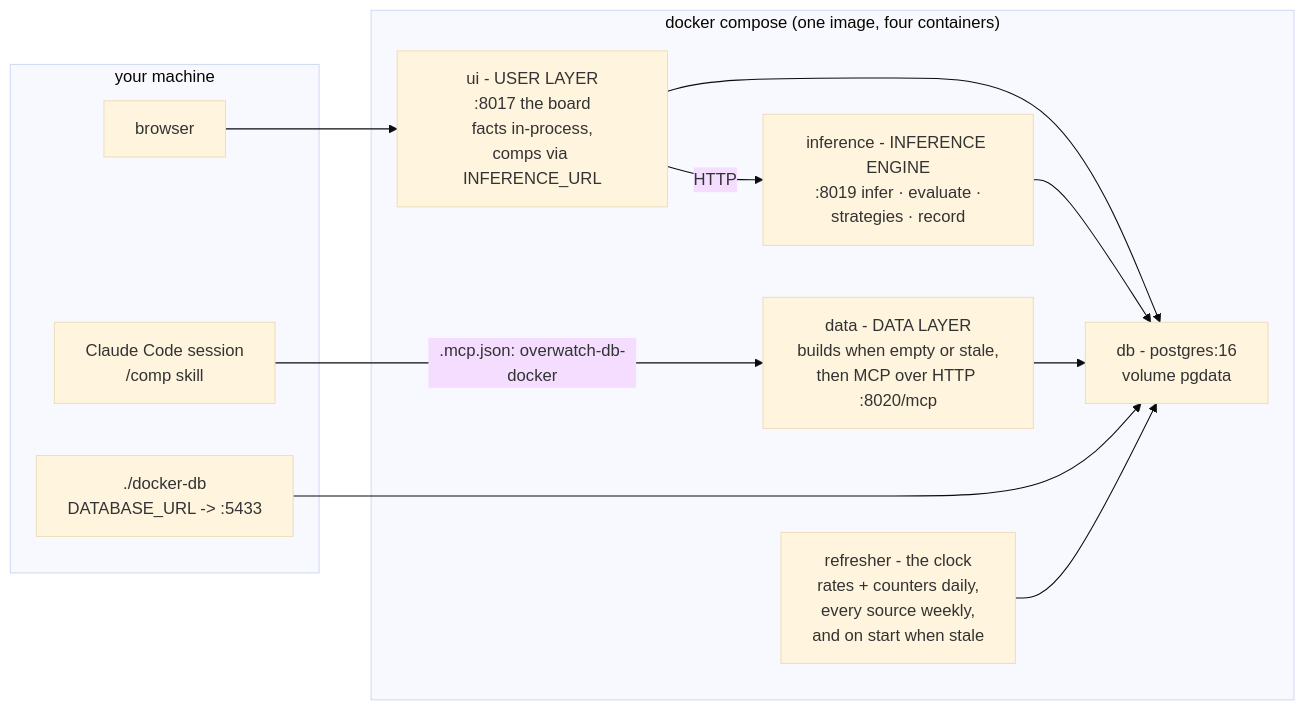
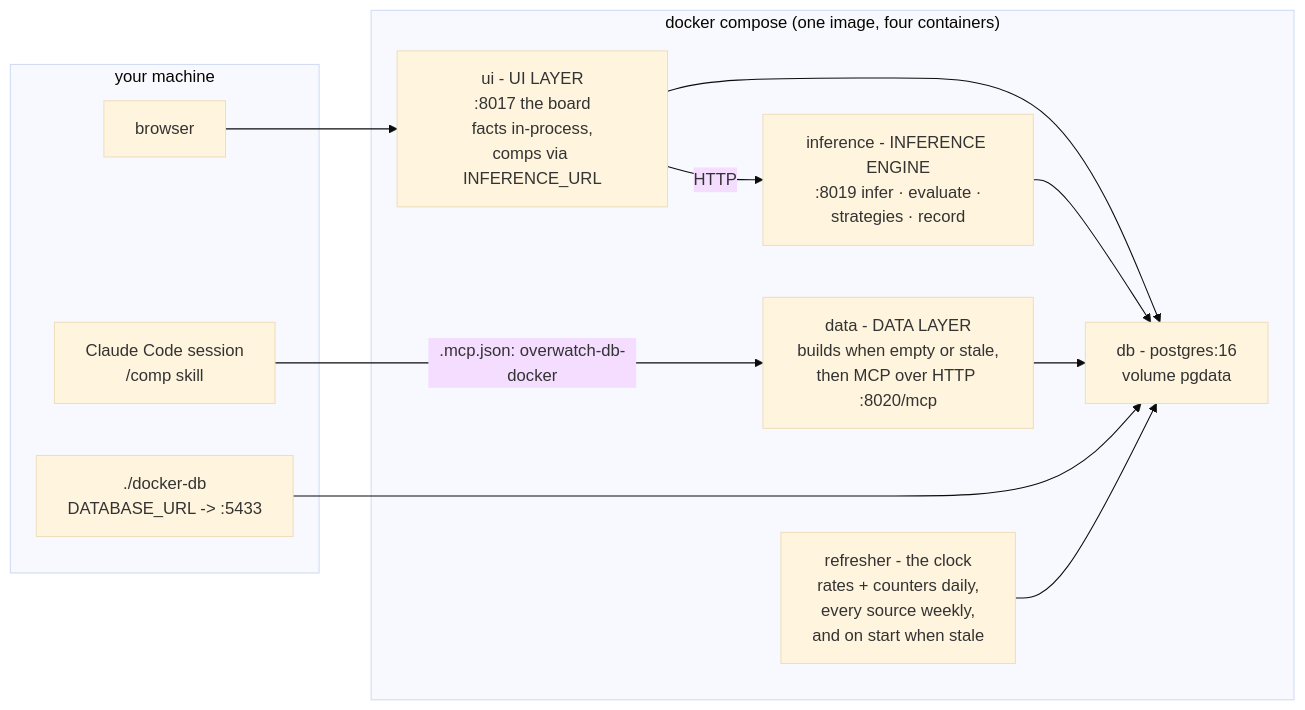
One commit to mmikol/counter-utility-matrix changed the sixth of 6 diagrams in docs/architecture.md. Above: the diagram before and after it, drawn with Mermaid (base theme). The commit also changed other lines of this file and 31 other files, not shown here.

First line of the commit message:
The user layer is the ui layer: user/ -> ui/, tests/user -> tests/ui

````diff
--- a/docs/architecture.md
+++ b/docs/architecture.md
@@ -177,23 +177,23 @@
 ```mermaid
 flowchart LR
     subgraph HOST["your machine"]
         SESSION["Claude Code session<br/>/comp skill"]
         BROWSER["browser"]
         SHELL["./docker-db<br/>DATABASE_URL -> :5433"]
     end
     subgraph DOCKER["docker compose (one image, four containers)"]
         DATA["data - DATA LAYER<br/>builds when empty or stale,<br/>then MCP over HTTP :8020/mcp"]
         INF["inference - INFERENCE ENGINE<br/>:8019 infer · evaluate ·<br/>strategies · record"]
-        UI["ui - USER LAYER<br/>:8017 the board<br/>facts in-process,<br/>comps via INFERENCE_URL"]
+        UI["ui - UI LAYER<br/>:8017 the board<br/>facts in-process,<br/>comps via INFERENCE_URL"]
         DBC["db - postgres:16<br/>volume pgdata"]
         REF["refresher - the clock<br/>rates + counters daily,<br/>every source weekly,<br/>and on start when stale"]
     end
     SESSION -->|".mcp.json: overwatch-db-docker"| DATA
     BROWSER --> UI
     UI -->|"HTTP"| INF
     UI --> DBC
     INF --> DBC
     DATA --> DBC
     SHELL --> DBC
     REF --> DBC
 ```
````
